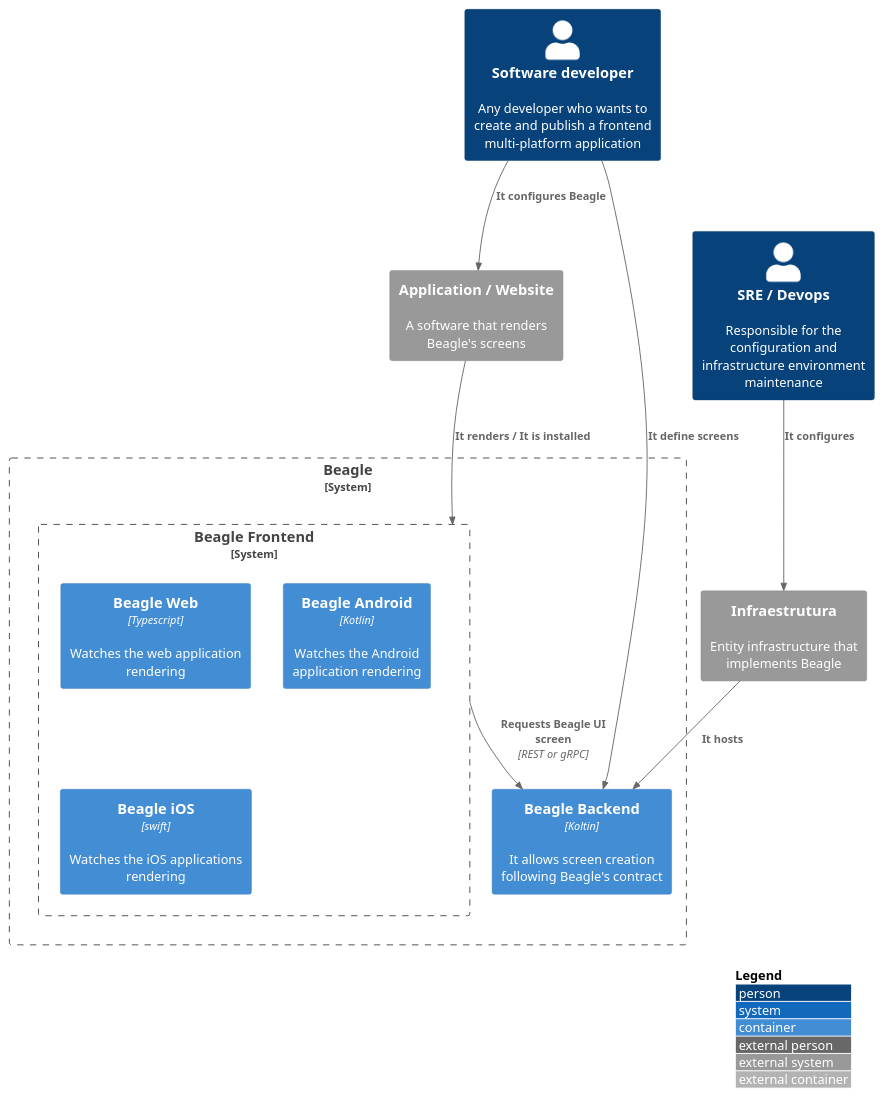
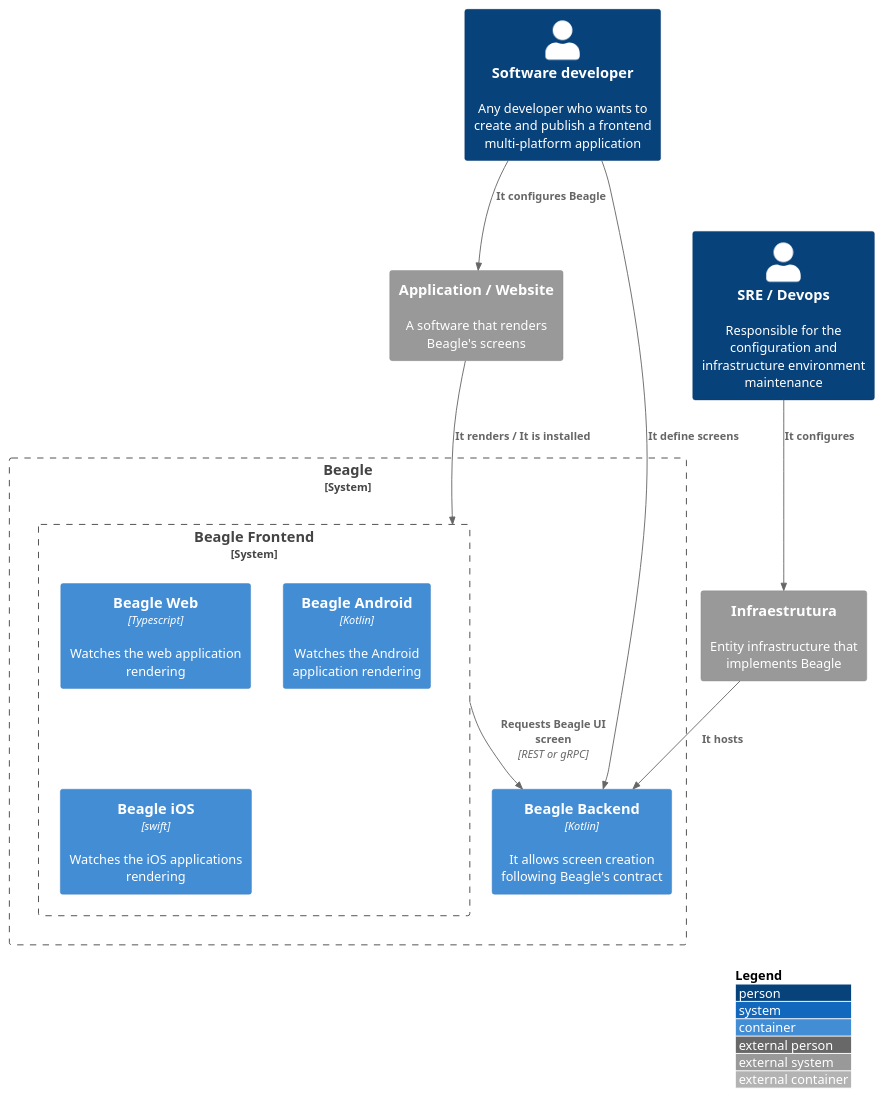
The diagram in en/src/C2 - Container/c2.puml (ZupIT/beagle-c4model), drawn with PlantUML before and after one commit. The commit also changed 7 other files, not shown here.

```diff
--- a/en/src/C2 - Container/c2.puml
+++ b/en/src/C2 - Container/c2.puml
@@ -1,30 +1,30 @@
 @startuml container
 !include https://raw.githubusercontent.com/adrianvlupu/C4-PlantUML/latest/C4_Container.puml
 
 LAYOUT_WITH_LEGEND()
 
 Person(software_developer, "Software developer", "Any developer who wants to create and publish a frontend multi-platform application")
 System_Boundary(beagle, "Beagle"){
   
-  Container(beagle_backend, "Beagle Backend", "Koltin", "It allows screen creation following Beagle's contract")
+  Container(beagle_backend, "Beagle Backend", "Kotlin", "It allows screen creation following Beagle's contract")
 
   System_Boundary(beagle_frontend, "Beagle Frontend") {
       
     Container(beagle_web_core, "Beagle Web", "Typescript", "Watches the web application rendering")
       Container(beagle_android, "Beagle Android", "Kotlin", "Watches the Android application rendering")
       Container(beagle_ios, "Beagle iOS", "swift", "Watches the iOS applications rendering")
   }
 
 }
 System_Ext(frontend_app, "Application / Website", "A software that renders Beagle's screens")
 System_Ext(infra, "Infraestrutura", "Entity infrastructure that implements Beagle")
 Person(sre, "SRE / Devops", "Responsible for the configuration and infrastructure environment maintenance")
 
 Rel(software_developer, beagle_backend, "It define screens")
 Rel(frontend_app, beagle_frontend, "It renders / It is installed")
 Rel(beagle_frontend, beagle_backend, "Requests Beagle UI screen","REST or gRPC")
 Rel(infra, beagle_backend, "It hosts")
 Rel(sre, infra, "It configures")
 Rel(software_developer, frontend_app, "It configures Beagle")
 
 @enduml
```
